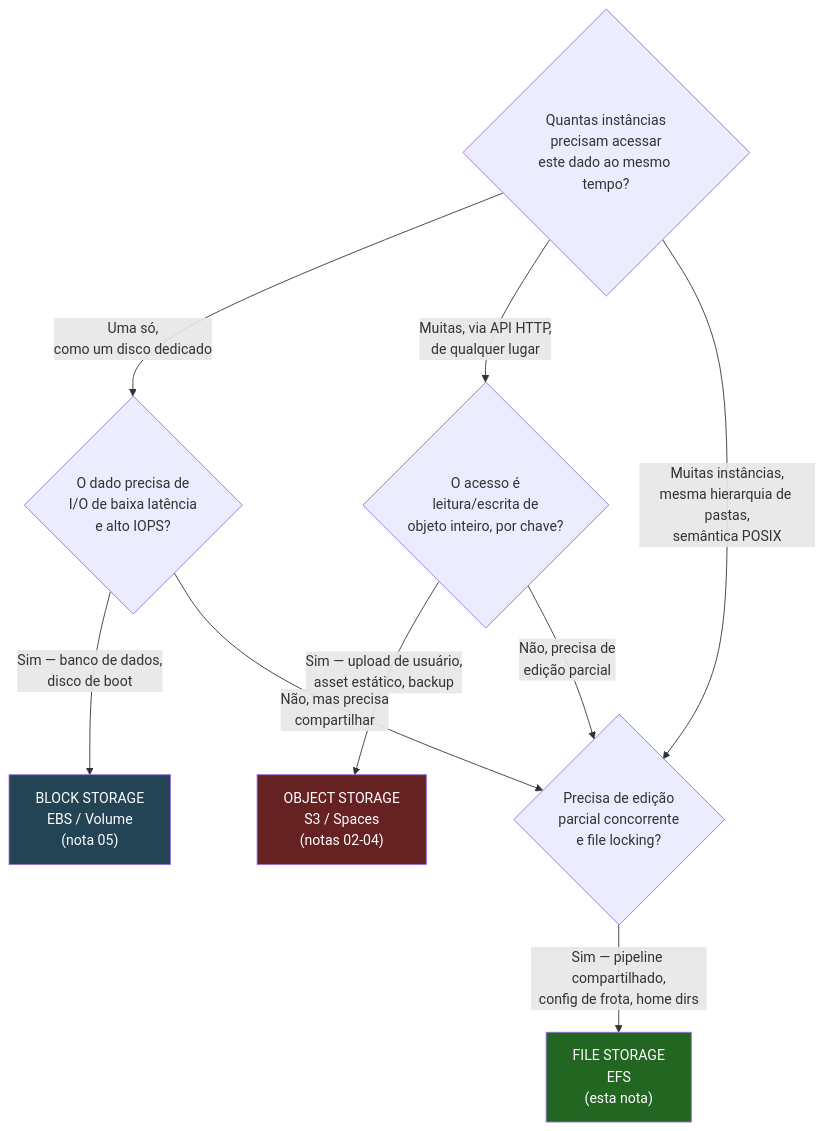
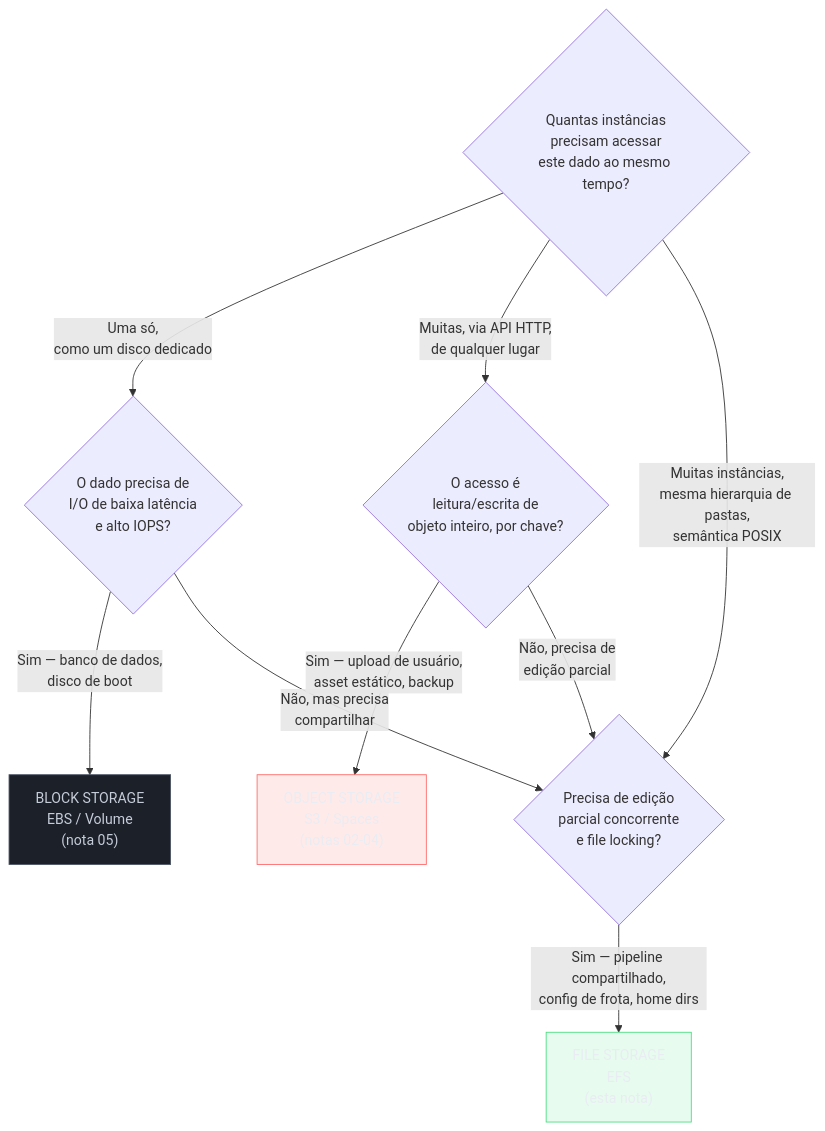
The second of 3 diagrams in 03-Dominios/Tecnologia/Cloud/08 - Armazenamento (object, block e file)/06 - File storage e a escolha do armazenamento.md (josenaldo/codex-technomanticus), drawn with Mermaid before and after one commit. The commit also changed other lines of this file and 1181 other files, not shown here.

First line of the commit message:
fix(diagramas): paleta do sistema no lugar de cor cravada no markdown

````diff
--- a/03-Dominios/Tecnologia/Cloud/08 - Armazenamento (object, block e file)/06 - File storage e a escolha do armazenamento.md
+++ b/03-Dominios/Tecnologia/Cloud/08 - Armazenamento (object, block e file)/06 - File storage e a escolha do armazenamento.md
@@ -272,20 +272,23 @@
 ```mermaid
 flowchart TD
+    classDef neutro fill:#1B2029,stroke:#4E5666,color:#C6CCD8
+    classDef falha fill:#FF6B6B24,stroke:#FF6B6B,color:#E9ECF2
+    classDef ok fill:#4ADE8021,stroke:#4ADE80,color:#E9ECF2
     Q1{"Quantas instâncias<br/>precisam acessar<br/>este dado ao mesmo tempo?"}
 
     Q1 -->|"Uma só,<br/>como um disco dedicado"| Q2{"O dado precisa de<br/>I/O de baixa latência<br/>e alto IOPS?"}
     Q2 -->|"Sim — banco de dados,<br/>disco de boot"| Block["BLOCK STORAGE<br/>EBS / Volume<br/>(nota 05)"]
 
     Q1 -->|"Muitas, via API HTTP,<br/>de qualquer lugar"| Q3{"O acesso é<br/>leitura/escrita de<br/>objeto inteiro, por chave?"}
     Q3 -->|"Sim — upload de usuário,<br/>asset estático, backup"| Object["OBJECT STORAGE<br/>S3 / Spaces<br/>(notas 02-04)"]
 
     Q1 -->|"Muitas instâncias,<br/>mesma hierarquia de pastas,<br/>semântica POSIX"| Q4{"Precisa de edição<br/>parcial concorrente<br/>e file locking?"}
     Q4 -->|"Sim — pipeline compartilhado,<br/>config de frota, home dirs"| File["FILE STORAGE<br/>EFS<br/>(esta nota)"]
 
     Q2 -->|"Não, mas precisa<br/>compartilhar"| Q4
     Q3 -->|"Não, precisa de<br/>edição parcial"| Q4
 
-    style Block fill:#245,color:#fff
-    style Object fill:#622,color:#fff
-    style File fill:#262,color:#fff
+    class Block neutro
+    class Object falha
+    class File ok
 ```
````
